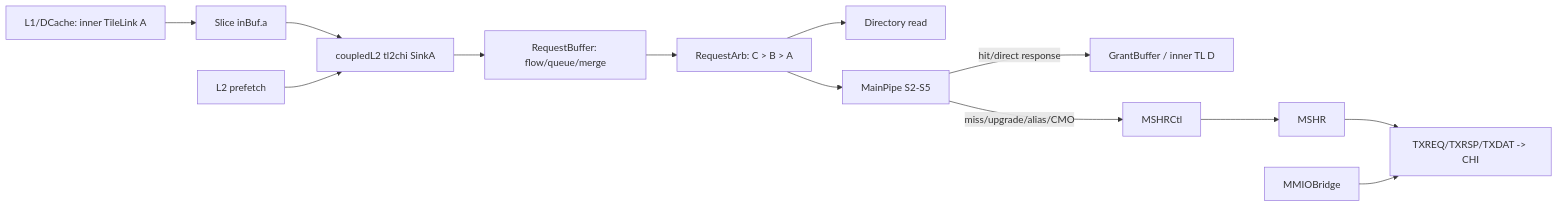
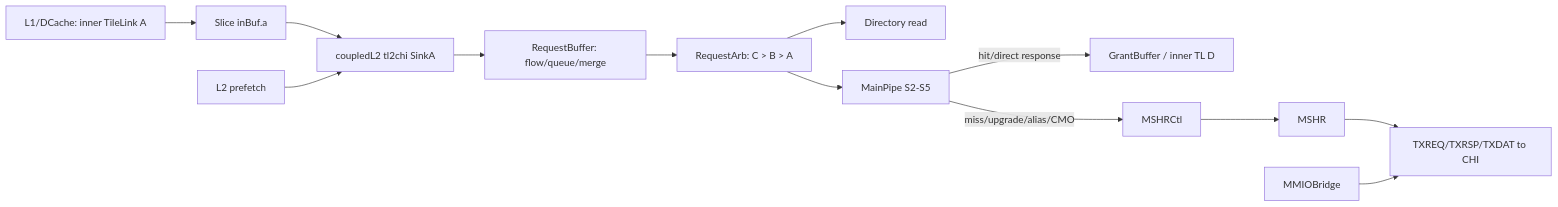
The diagram in xiangshan-course/docs-en/4-xiangshan-microarchitecture-analysis/3-xiangshan-source-code-analysis/cache/Cache-SinkA.md (OpenXiangShan/XiangShanLab), drawn with Mermaid before and after one commit. The commit also changed other lines of this file and 176 other files, not shown here.

````diff
--- a/xiangshan-course/docs-en/4-xiangshan-microarchitecture-analysis/3-xiangshan-source-code-analysis/cache/Cache-SinkA.md
+++ b/xiangshan-course/docs-en/4-xiangshan-microarchitecture-analysis/3-xiangshan-source-code-analysis/cache/Cache-SinkA.md
@@ -388,15 +829,15 @@
 ```mermaid
 flowchart LR
   L1["L1/DCache: inner TileLink A"] --> IB["Slice inBuf.a"]
   IB --> SA["coupledL2 tl2chi SinkA"]
   PF["L2 prefetch"] --> SA
   SA --> RB["RequestBuffer: flow/queue/merge"]
   RB --> RA["RequestArb: C > B > A"]
   RA --> DIR["Directory read"]
   RA --> MP["MainPipe S2-S5"]
-  MP -->|"hit/direct response"| GB["GrantBuffer / inner TL D"]
-  MP -->|"miss/upgrade/alias/CMO"| MC["MSHRCtl"]
+  MP -->|hit/direct response| GB["GrantBuffer / inner TL D"]
+  MP -->|miss/upgrade/alias/CMO| MC["MSHRCtl"]
   MC --> MSHR["MSHR"]
-  MSHR --> CHI["TXREQ/TXRSP/TXDAT -> CHI"]
+  MSHR --> CHI["TXREQ/TXRSP/TXDAT to CHI"]
   MMIO["MMIOBridge"] --> CHI
 ```
````
